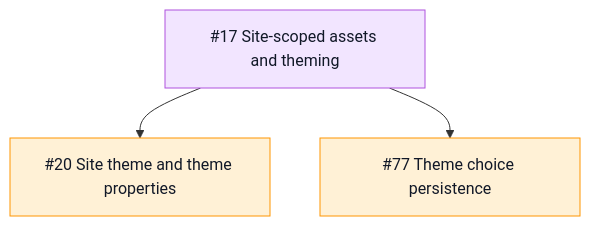
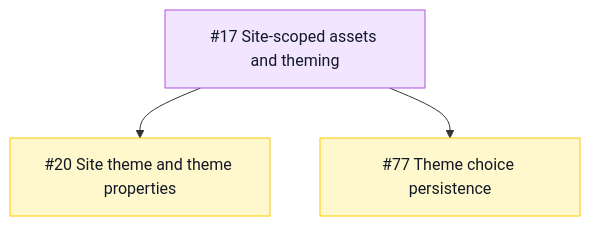
Before and after one commit to TileDown/tile-down: the fourth of 9 diagrams in README.md, drawn with Mermaid. The commit also changed other lines of this file and 12 other files, not shown here.

````diff
--- a/README.md
+++ b/README.md
@@ -100,9 +106,11 @@
 ```mermaid
 flowchart TD
   Epic["#17 Site-scoped assets and theming"]:::epic
-  Epic --> Theme["#20 Site theme and theme properties"]:::todo
-  Epic --> Persistence["#77 Theme choice persistence"]:::todo
+  Epic --> Theme["#20 Site theme and theme properties"]:::review
+  Epic --> Persistence["#77 Theme choice persistence"]:::review
 
   classDef epic fill:#f2e5ff,stroke:#af52de,color:#111827
-  classDef todo fill:#fff1d6,stroke:#ff9500,color:#111827
+  classDef review fill:#fff8cc,stroke:#ffcc00,color:#111827
+  classDef active fill:#ffe8cc,stroke:#ff9500,color:#111827
+  classDef todo fill:#f2f2f7,stroke:#8e8e93,color:#111827
 ```
````
